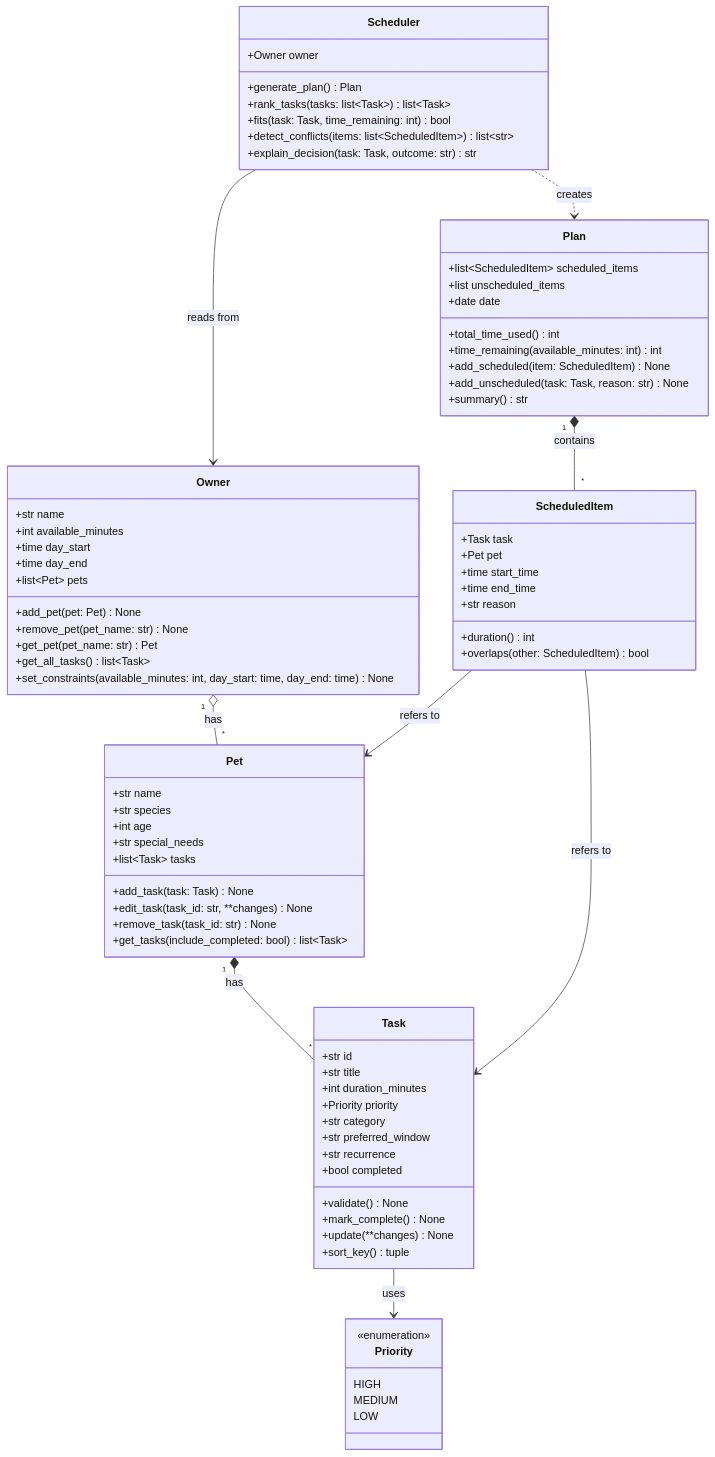
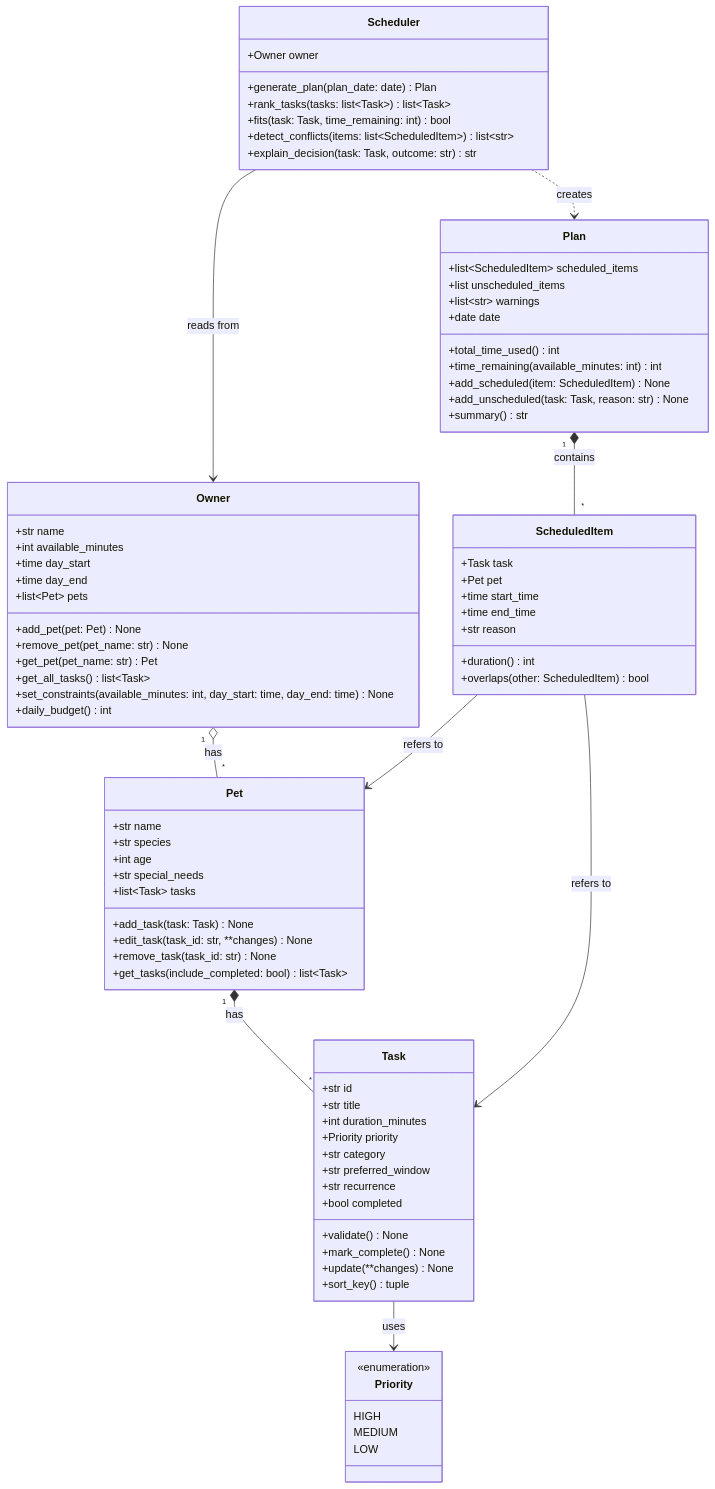
The diagram in diagrams/uml.mmd (afeawoL/ai110-module2show-pawpal-starter), drawn with Mermaid before and after one commit. The commit also changed 5 other files, not shown here.

```diff
--- a/diagrams/uml.mmd
+++ b/diagrams/uml.mmd
@@ -1,88 +1,90 @@
 classDiagram
     %% Keep this file updated so it matches your final implementation.
 
     class Owner {
         +str name
         +int available_minutes
         +time day_start
         +time day_end
         +list~Pet~ pets
         +add_pet(pet: Pet) None
         +remove_pet(pet_name: str) None
         +get_pet(pet_name: str) Pet
         +get_all_tasks() list~Task~
         +set_constraints(available_minutes: int, day_start: time, day_end: time) None
+        +daily_budget() int
     }
 
     class Pet {
         +str name
         +str species
         +int age
         +str special_needs
         +list~Task~ tasks
         +add_task(task: Task) None
         +edit_task(task_id: str, **changes) None
         +remove_task(task_id: str) None
         +get_tasks(include_completed: bool) list~Task~
     }
 
     class Task {
         +str id
         +str title
         +int duration_minutes
         +Priority priority
         +str category
         +str preferred_window
         +str recurrence
         +bool completed
         +validate() None
         +mark_complete() None
         +update(**changes) None
         +sort_key() tuple
     }
 
     class Priority {
         <<enumeration>>
         HIGH
         MEDIUM
         LOW
     }
 
     class Scheduler {
         +Owner owner
-        +generate_plan() Plan
+        +generate_plan(plan_date: date) Plan
         +rank_tasks(tasks: list~Task~) list~Task~
         +fits(task: Task, time_remaining: int) bool
         +detect_conflicts(items: list~ScheduledItem~) list~str~
         +explain_decision(task: Task, outcome: str) str
     }
 
     class ScheduledItem {
         +Task task
         +Pet pet
         +time start_time
         +time end_time
         +str reason
         +duration() int
         +overlaps(other: ScheduledItem) bool
     }
 
     class Plan {
         +list~ScheduledItem~ scheduled_items
         +list unscheduled_items
+        +list~str~ warnings
         +date date
         +total_time_used() int
         +time_remaining(available_minutes: int) int
         +add_scheduled(item: ScheduledItem) None
         +add_unscheduled(task: Task, reason: str) None
         +summary() str
     }
 
     Owner "1" o-- "*" Pet : has
     Pet "1" *-- "*" Task : has
     Task --> Priority : uses
     Scheduler --> Owner : reads from
     Scheduler ..> Plan : creates
     Plan "1" *-- "*" ScheduledItem : contains
     ScheduledItem --> Task : refers to
     ScheduledItem --> Pet : refers to
```
